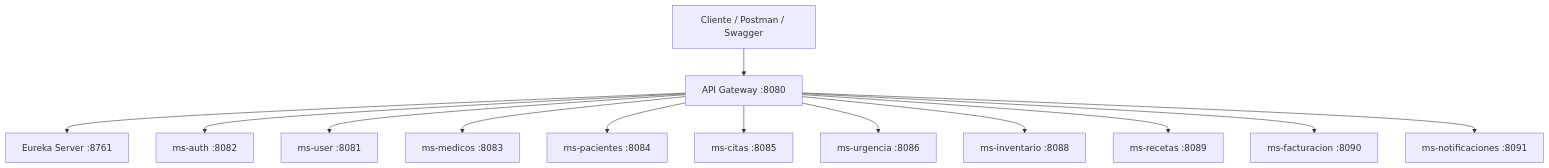
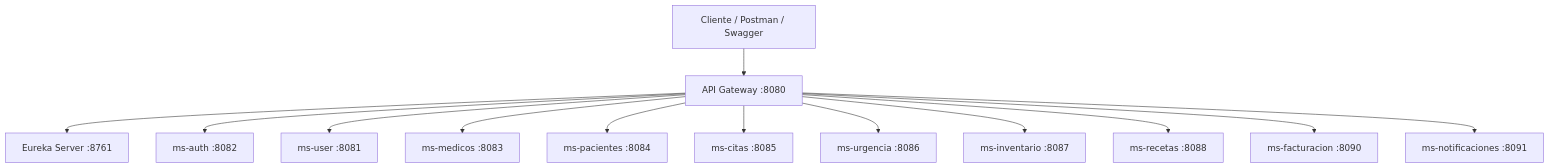
One commit to JJ8s/MS_Hospital changed the diagram in README_FINAL_MS_Hospital.md. Above: the diagram before and after it, drawn with Mermaid. The commit also changed other lines of this file and 152 other files, not shown here.

````diff
--- a/README_FINAL_MS_Hospital.md
+++ b/README_FINAL_MS_Hospital.md
@@ -49,15 +74,15 @@
 ```mermaid
 flowchart TD
     Cliente["Cliente / Postman / Swagger"] --> Gateway["API Gateway :8080"]
     Gateway --> Eureka["Eureka Server :8761"]
     Gateway --> Auth["ms-auth :8082"]
     Gateway --> User["ms-user :8081"]
     Gateway --> Medicos["ms-medicos :8083"]
     Gateway --> Pacientes["ms-pacientes :8084"]
     Gateway --> Citas["ms-citas :8085"]
     Gateway --> Urgencia["ms-urgencia :8086"]
-    Gateway --> Inventario["ms-inventario :8088"]
-    Gateway --> Recetas["ms-recetas :8089"]
+    Gateway --> Inventario["ms-inventario :8087"]
+    Gateway --> Recetas["ms-recetas :8088"]
     Gateway --> Facturacion["ms-facturacion :8090"]
     Gateway --> Notificaciones["ms-notificaciones :8091"]
 ```
````
